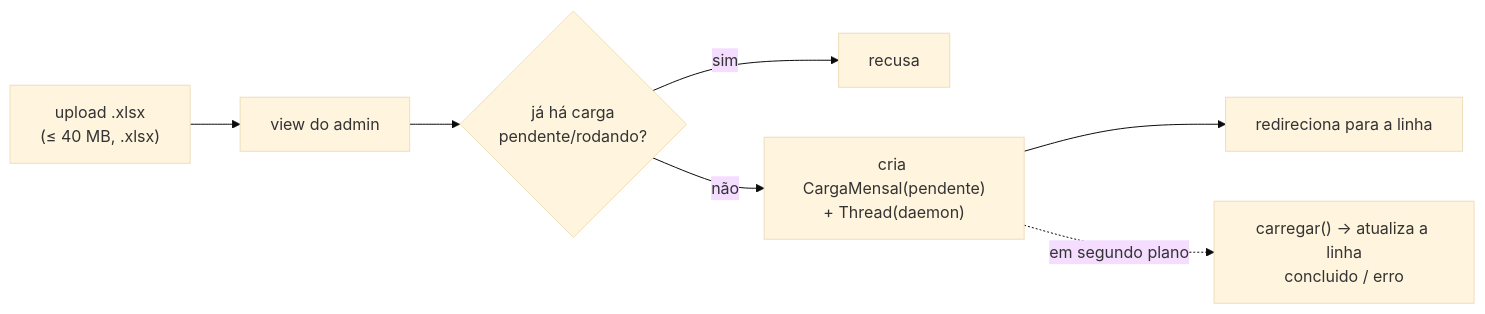
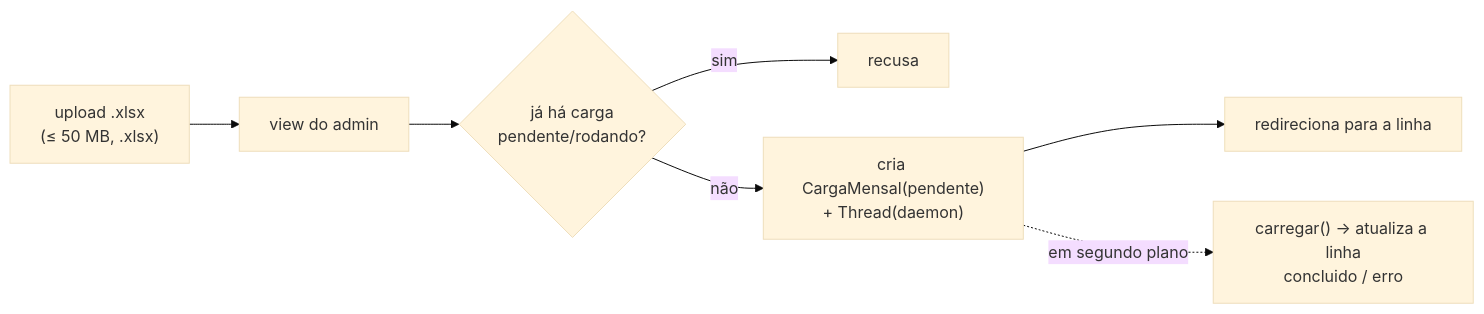
One commit to patrick-univesp/projeto-integrador-2-radarmoradiasp changed the second of 2 diagrams in docs/carga-itbi.md. Above: the diagram before and after it, drawn with Mermaid (base theme). The commit also changed other lines of this file and 2 other files, not shown here.

Commit message:
chore: aumenta de 40 para 50mb o limite de upload

````diff
--- a/docs/carga-itbi.md
+++ b/docs/carga-itbi.md
@@ -85,9 +85,9 @@
 ```mermaid
 flowchart LR
-    U["upload .xlsx<br/>(≤ 40 MB, .xlsx)"] --> V["view do admin"]
+    U["upload .xlsx<br/>(≤ 50 MB, .xlsx)"] --> V["view do admin"]
     V --> G{"já há carga<br/>pendente/rodando?"}
     G -- sim --> R["recusa"]
     G -- não --> C["cria CargaMensal(pendente)<br/>+ Thread(daemon)"]
     C --> D["redireciona para a linha"]
     C -. em segundo plano .-> W["carregar() → atualiza a linha<br/>concluido / erro"]
 ```
````
